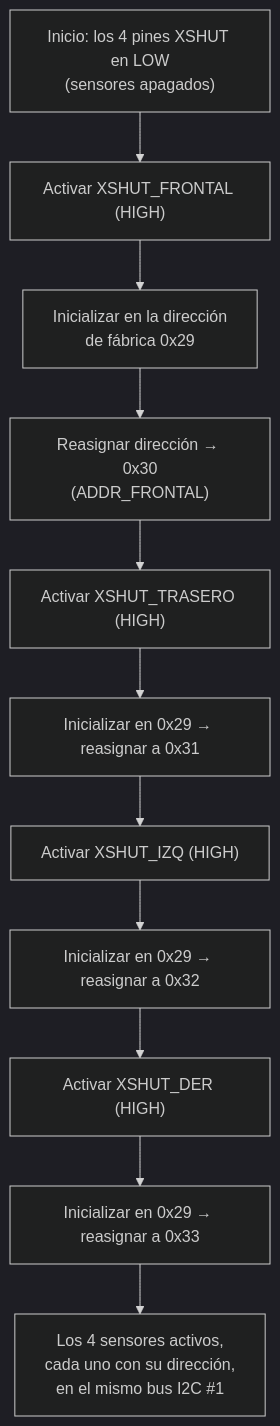
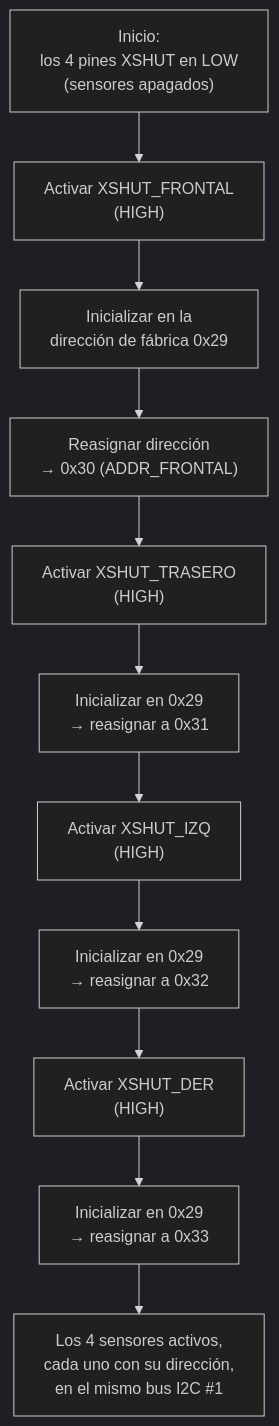
One commit to erchivox/Prometheus-Team-2026 changed the fourth of 18 diagrams in README.md. Above: the diagram before and after it, drawn with Mermaid (dark theme). The commit also changed other lines of this file, not shown here.

Commit message:
Modify XSHUT pin assignments

````diff
--- a/README.md
+++ b/README.md
@@ -579,13 +579,13 @@
 ```mermaid
 flowchart TD
-    A["Inicio: los 4 pines XSHUT en LOW<br/>(sensores apagados)"] --> B["Activar XSHUT_FRONTAL (HIGH)"]
-    B --> C["Inicializar en la dirección<br/>de fábrica 0x29"]
-    C --> D["Reasignar dirección → 0x30<br/>(ADDR_FRONTAL)"]
-    D --> E["Activar XSHUT_TRASERO (HIGH)"]
-    E --> F["Inicializar en 0x29 → reasignar a 0x31"]
-    F --> G["Activar XSHUT_IZQ (HIGH)"]
-    G --> H["Inicializar en 0x29 → reasignar a 0x32"]
-    H --> I["Activar XSHUT_DER (HIGH)"]
-    I --> J["Inicializar en 0x29 → reasignar a 0x33"]
-    J --> K["Los 4 sensores activos,<br/>cada uno con su dirección,<br/>en el mismo bus I2C #1"]
+    A["Inicio:<br>los 4 pines XSHUT en LOW<br>(sensores apagados)"] --> B["Activar XSHUT_FRONTAL<br>(HIGH)"]
+    B --> C["Inicializar en la<br>dirección de fábrica 0x29"]
+    C --> D["Reasignar dirección<br>→ 0x30 (ADDR_FRONTAL)"]
+    D --> E["Activar XSHUT_TRASERO<br>(HIGH)"]
+    E --> F["Inicializar en 0x29<br>→ reasignar a 0x31"]
+    F --> G["Activar XSHUT_IZQ<br>(HIGH)"]
+    G --> H["Inicializar en 0x29<br>→ reasignar a 0x32"]
+    H --> I["Activar XSHUT_DER<br>(HIGH)"]
+    I --> J["Inicializar en 0x29<br>→ reasignar a 0x33"]
+    J --> K["Los 4 sensores activos,<br>cada uno con su dirección,<br>en el mismo bus I2C #1"]
 ```
````
